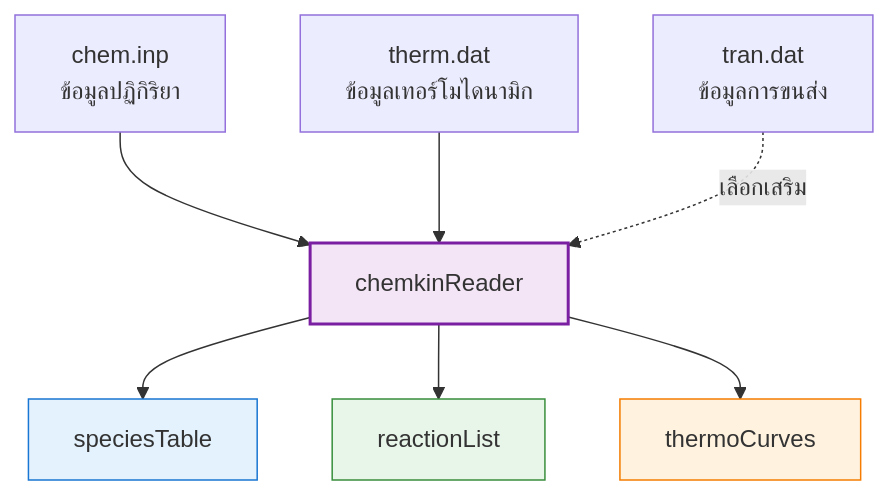
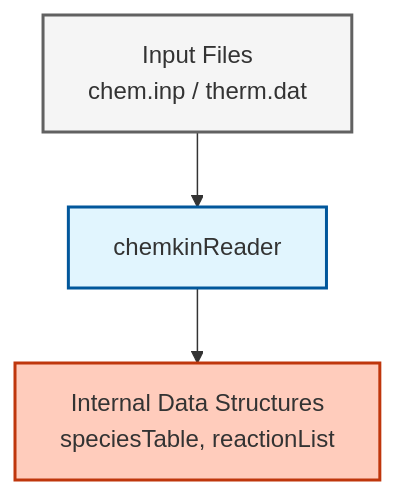
One commit to wramet/build-my-cfd changed the first of 2 diagrams in MODULE_06_ADVANCED_PHYSICS/CONTENT/03_REACTING_FLOWS/04_Chemkin_Parsing.md. Above: the diagram before and after it, drawn with Mermaid. The commit also changed other lines of this file and 313 other files, not shown here.

Commit message:
Revise all diagram

````diff
--- a/MODULE_06_ADVANCED_PHYSICS/CONTENT/03_REACTING_FLOWS/04_Chemkin_Parsing.md
+++ b/MODULE_06_ADVANCED_PHYSICS/CONTENT/03_REACTING_FLOWS/04_Chemkin_Parsing.md
@@ -16,15 +16,11 @@
 ```mermaid
-flowchart TD
-    A[chem.inp<br/>ข้อมูลปฏิกิริยา] --> R[chemkinReader]
-    B[therm.dat<br/>ข้อมูลเทอร์โมไดนามิก] --> R
-    C[tran.dat<br/>ข้อมูลการขนส่ง] -.->|เลือกเสริม| R
+graph TD
+classDef implicit fill:#e1f5fe,stroke:#01579b,stroke-width:2px
+classDef explicit fill:#ffccbc,stroke:#bf360c,stroke-width:2px
+classDef context fill:#f5f5f5,stroke:#616161,stroke-width:2px
+Files["Input Files<br/>chem.inp / therm.dat"]:::context
+Reader["chemkinReader"]:::implicit
+Data["Internal Data Structures<br/>speciesTable, reactionList"]:::explicit
 
-    R --> ST[speciesTable]
-    R --> RL[reactionList]
-    R --> TC[thermoCurves]
-
-    style R fill:#f3e5f5,stroke:#7b1fa2,stroke-width:2px
-    style ST fill:#e3f2fd,stroke:#1976d2
-    style RL fill:#e8f5e9,stroke:#388e3c
-    style TC fill:#fff3e0,stroke:#f57c00
+Files --> Reader --> Data
 ```
````
